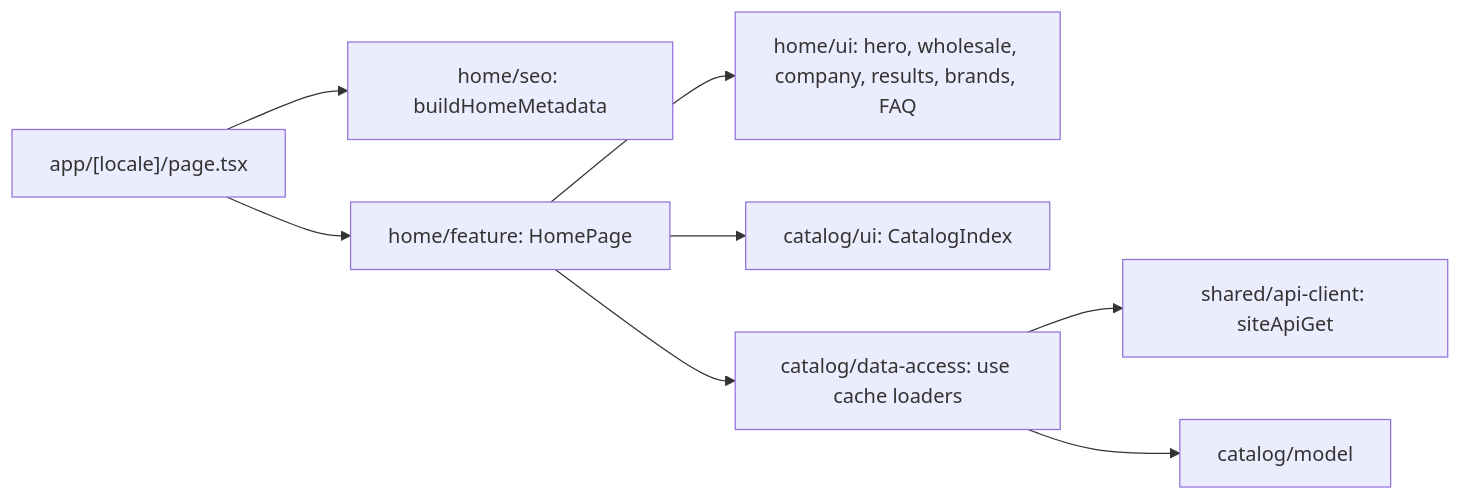
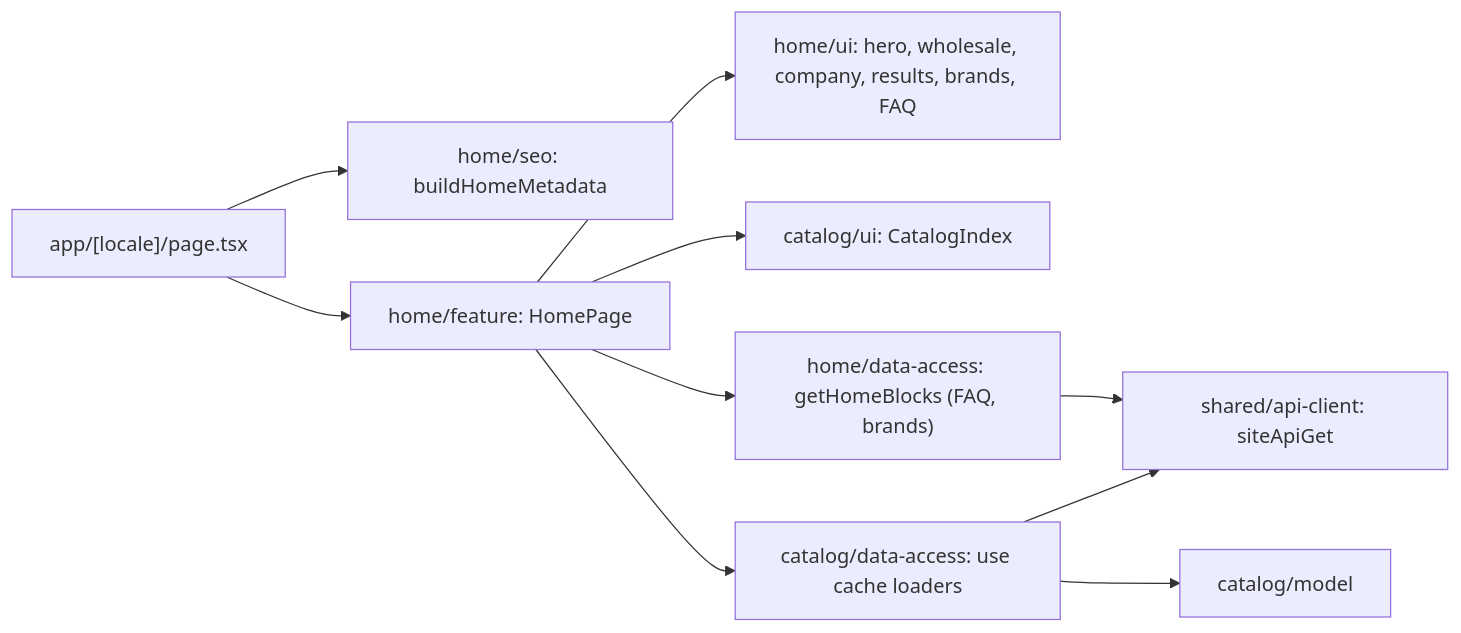
Before and after one commit to Weretik/kedr-web: the diagram in docs/features/site/home.md, drawn with Mermaid. The commit also changed other lines of this file and 83 other files, not shown here.

First line of the commit message:
Edit home page FAQ and brands in the admin (Content stage 5)

````diff
--- a/docs/features/site/home.md
+++ b/docs/features/site/home.md
@@ -16,10 +17,12 @@
 ```mermaid
 flowchart LR
 Route["app/[locale]/page.tsx"] --> Seo["home/seo: buildHomeMetadata"]
 Route --> Feature["home/feature: HomePage"]
 Feature --> HomeUi["home/ui: hero, wholesale, company, results, brands, FAQ"]
 Feature --> CatalogUi["catalog/ui: CatalogIndex"]
 Feature --> Data["catalog/data-access: use cache loaders"]
+Feature --> Blocks["home/data-access: getHomeBlocks (FAQ, brands)"]
+Blocks --> Api
 Data --> Api["shared/api-client: siteApiGet"]
 Data --> Model["catalog/model"]
 ```
````
